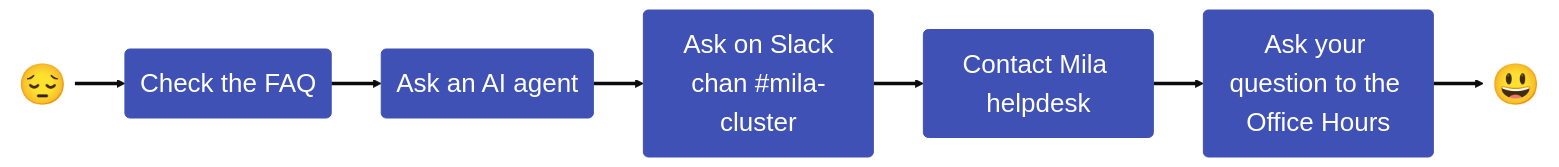
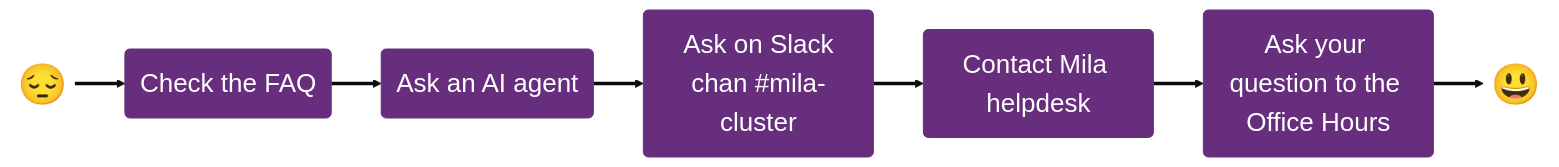
The diagram in docs/help/index.md (mila-iqia/mila-docs), drawn with Mermaid (base theme) before and after one commit.

Commit message:
Update help schema color (#456)

````diff
--- a/docs/help/index.md
+++ b/docs/help/index.md
@@ -6,30 +6,30 @@
 ``` mermaid
     graph LR
         User(😔):::emoji
         FAQ(<span>Check the FAQ</span>):::bigger
         AI(<span>Ask an AI agent</span>):::bigger
         Slack("`<span>Ask on Slack
         chan #mila-cluster</span>`"):::bigger
         Helpdesk(<span>Contact Mila helpdesk</span>):::bigger
         OfficeHours(<span>Ask your question to the Office Hours</span>):::bigger
         Yay(😃):::emoji
 
         User ==> FAQ
         FAQ ==> AI
         AI ==> Slack
         Slack ==> Helpdesk
         Helpdesk ==> OfficeHours
         OfficeHours ==> Yay
 
 
         User@{ shape: text }
         Yay@{ shape: text }
 
         click FAQ "../help/faq/"
         click Slack "https://mila-umontreal.slack.com/archives/CFAS8455H"
         click Helpdesk "https://mila-iqia.atlassian.net/servicedesk/customer/portal/5"
         click OfficeHours "../help/office_hours/"
 
-        classDef bigger font-size:26px, fill:#4051b5, stroke:#4051b5, color:white
+        classDef bigger font-size:26px, fill:#662e7d, stroke:#662e7d, color:white
         classDef emoji font-size:40px, fill:transparent
 ```
````
